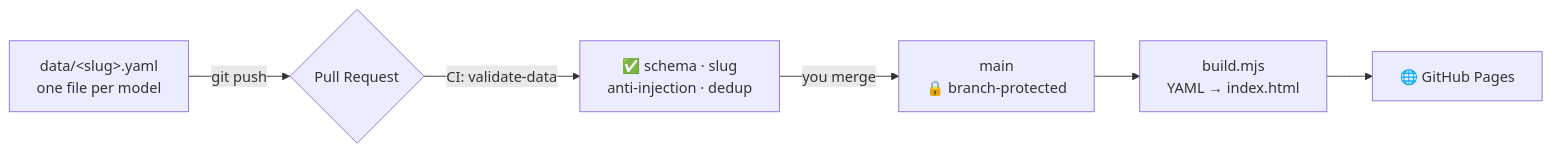
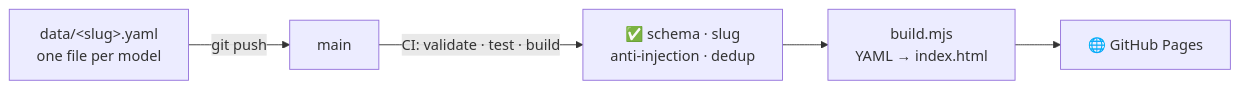
One commit to kamilrybacki/my-small-slm-notes changed the diagram in assets/diagrams/pipeline.mmd. Above: the diagram before and after it, drawn with Mermaid. The commit also changed 7 other files, not shown here.

```diff
--- a/assets/diagrams/pipeline.mmd
+++ b/assets/diagrams/pipeline.mmd
@@ -1,6 +1,5 @@
 flowchart LR
-    A["data/&lt;slug&gt;.yaml<br/>one file per model"] -->|git push| B{"Pull Request"}
-    B -->|CI: validate-data| C["✅ schema · slug<br/>anti-injection · dedup"]
-    C -->|you merge| D["main<br/>🔒 branch-protected"]
-    D --> E["build.mjs<br/>YAML → index.html"]
-    E --> F["🌐 GitHub Pages"]
+    A["data/&lt;slug&gt;.yaml<br/>one file per model"] -->|git push| B["main"]
+    B -->|CI: validate · test · build| C["✅ schema · slug<br/>anti-injection · dedup"]
+    C --> D["build.mjs<br/>YAML → index.html"]
+    D --> E["🌐 GitHub Pages"]
```
